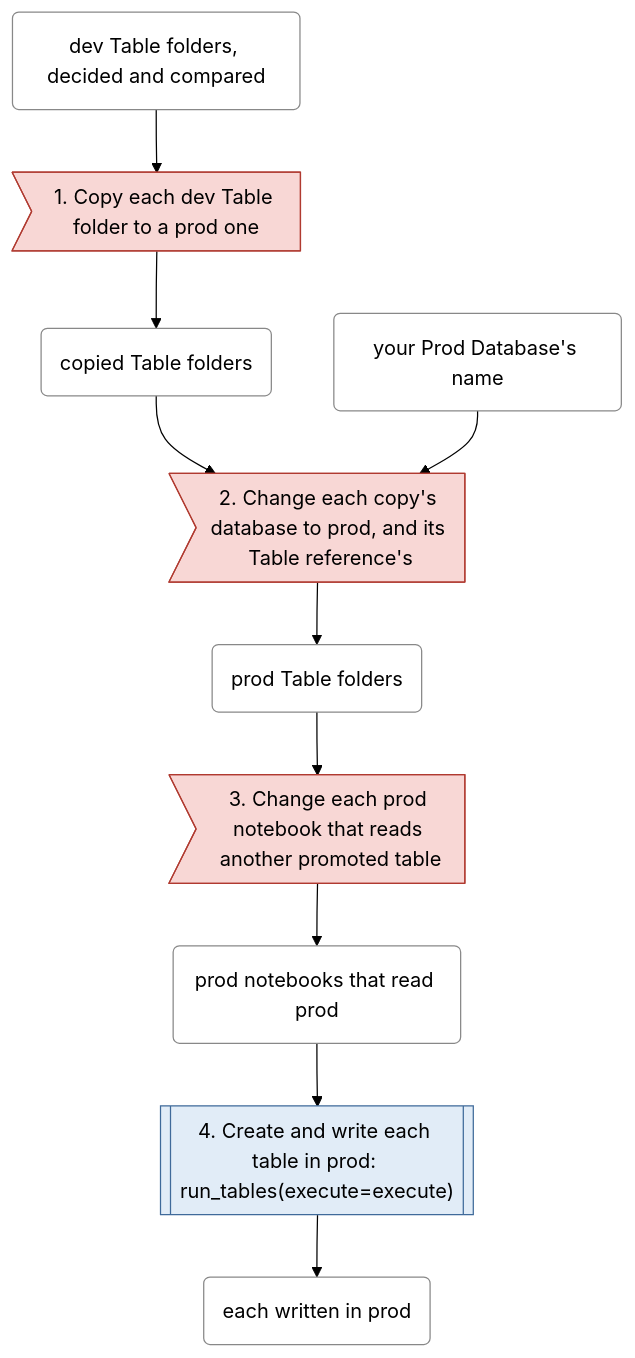
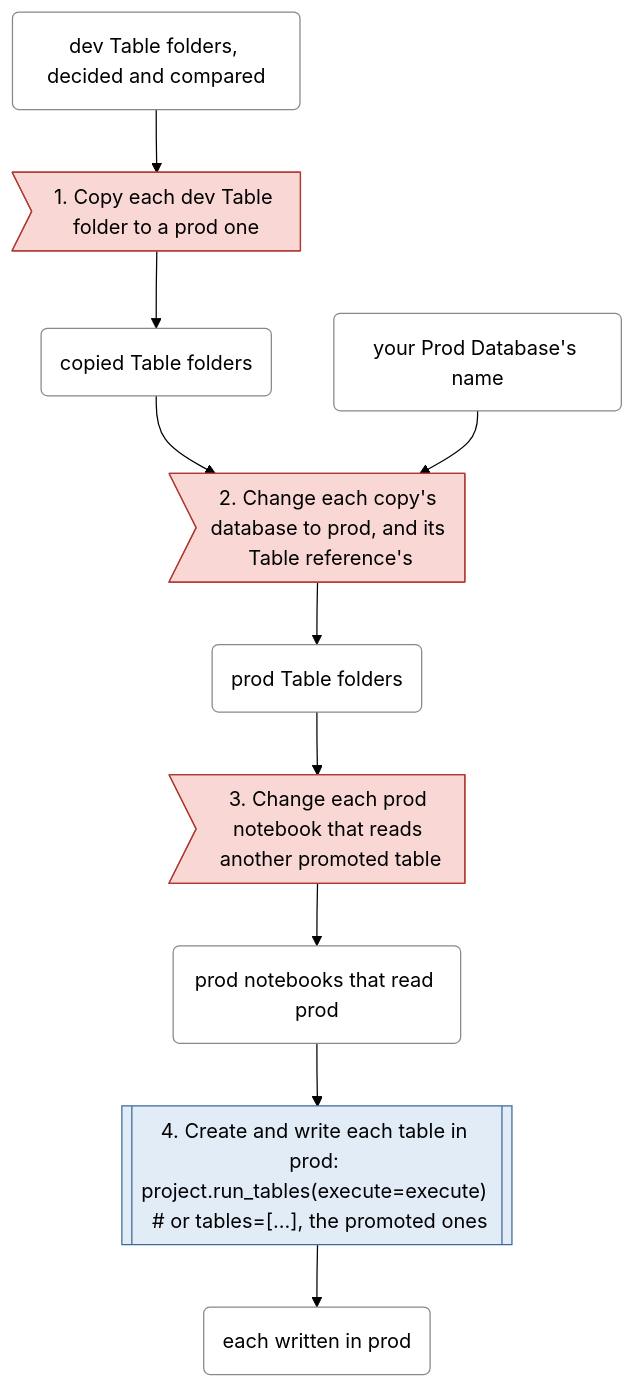
One commit to EdgyPage/SQL-Composer changed the second of 6 diagrams in docs/workflows.md. Above: the diagram before and after it, drawn with Mermaid (forest theme). The commit also changed other lines of this file and 39 other files, not shown here.

````diff
--- a/docs/workflows.md
+++ b/docs/workflows.md
@@ -162,37 +162,37 @@
 ```mermaid
 flowchart TD
     s0>"1. Copy each dev Table folder to a prod one"]
     class s0 fiddling
     t0 --> s0
     s0 --> t1
     s1>"2. Change each copy's database to prod, and its Table reference's"]
     class s1 fiddling
     t1 --> s1
     t2 --> s1
     s1 --> t3
     s2>"3. Change each prod notebook that reads another promoted table"]
     class s2 fiddling
     t3 --> s2
     s2 --> t4
-    s3[["4. Create and write each table in prod: run_tables(execute=execute)"]]
+    s3[["4. Create and write each table in prod: project.run_tables(execute=execute)  #35; or tables=[...], the promoted ones"]]
     class s3 permission
     t4 --> s3
     s3 --> t5
     t0("dev Table folders, decided and compared")
     class t0 thing
     t1("copied Table folders")
     class t1 thing
     t2("your Prod Database's name")
     class t2 thing
     t3("prod Table folders")
     class t3 thing
     t4("prod notebooks that read prod")
     class t4 thing
     t5("each written in prod")
     class t5 thing
     classDef file fill:#e3f2e1,stroke:#4a8a3f
     classDef permission fill:#e1ecf7,stroke:#3f6a9a
     classDef decision fill:#fbf1d6,stroke:#a8842a
     classDef fiddling fill:#f8d7d5,stroke:#b03a30
     classDef thing fill:#ffffff,stroke:#888888
 ```
````
